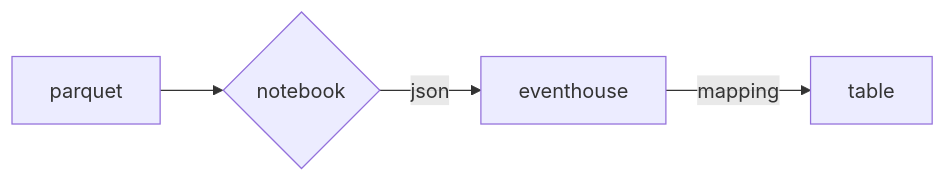
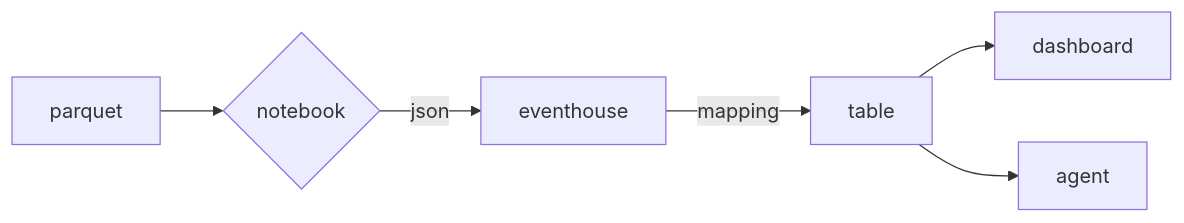
The diagram in README.md (hfleitas/grouper), drawn with Mermaid before and after one commit.

````diff
--- a/README.md
+++ b/README.md
@@ -10,6 +10,8 @@
 ```mermaid
 graph LR
    parquet-->nb
    nb{notebook}-->|json | eventhouse
    eventhouse-->|mapping | table
+   table-->dashboard
+   table-->agent
 ```
````
